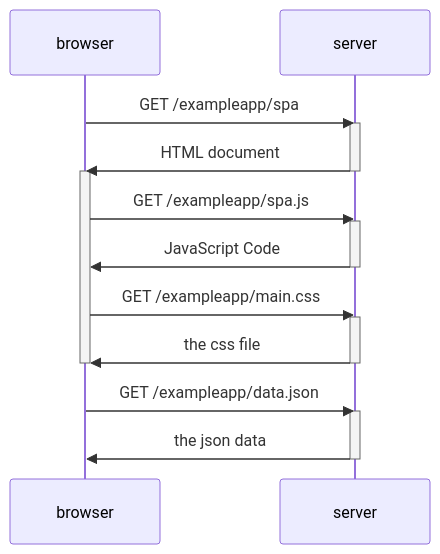
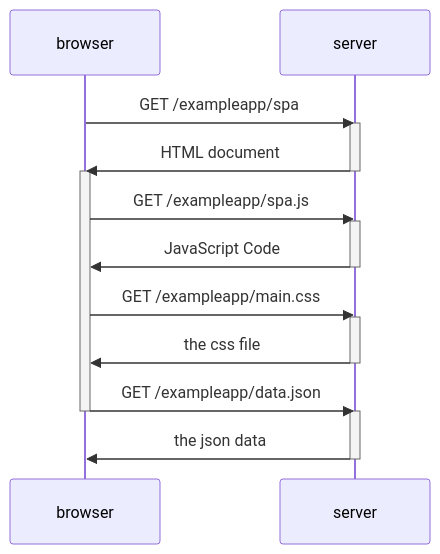
The diagram in part0/single-page-app-diagram.md (gobeila/fullstackopen), drawn with Mermaid before and after one commit. The commit also changed other lines of this file, not shown here.

````diff
--- a/part0/single-page-app-diagram.md
+++ b/part0/single-page-app-diagram.md
@@ -1,24 +1,24 @@
 ```mermaid
 sequenceDiagram
     participant browser
     participant server
 
     browser->>server: GET /exampleapp/spa
     activate server
     server->>browser: HTML document
     deactivate server
     activate browser
     browser->>server: GET /exampleapp/spa.js
     activate server
     server->>browser: JavaScript Code
     deactivate server
     browser->>server: GET /exampleapp/main.css
     activate server
     server->>browser: the css file
     deactivate server
+    browser->>server: GET /exampleapp/data.json
     deactivate browser
-    browser->>server: GET /exampleapp/data.json
     activate server
     server->>browser: the json data
     deactivate server
 ```
````
